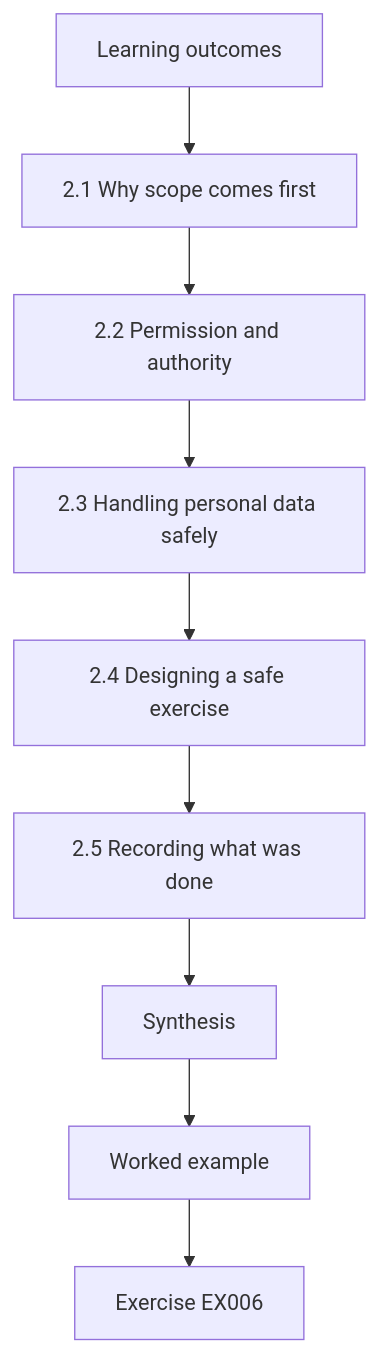
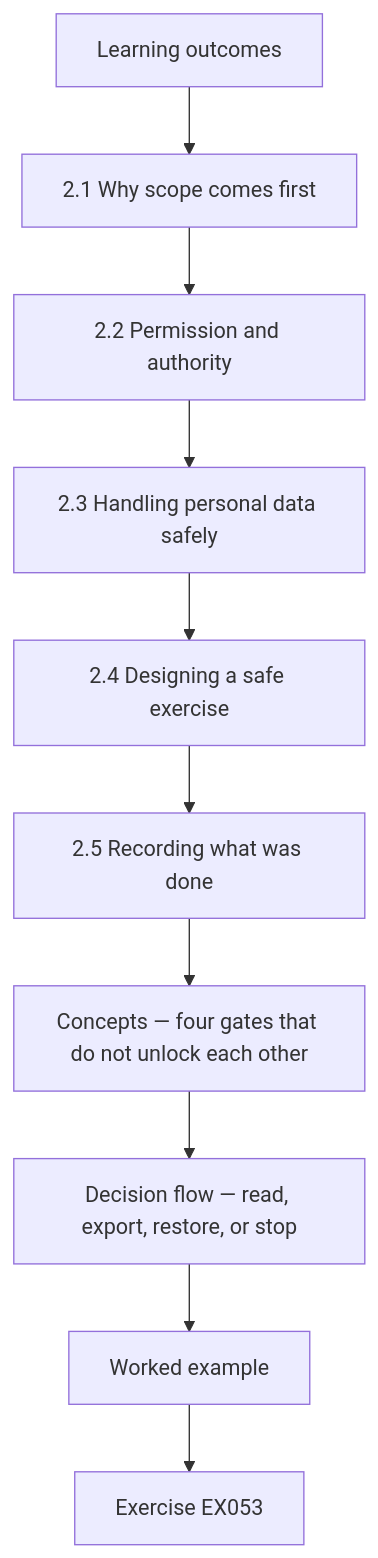
Before and after one commit to hiagokinlevi/CyKin: the fourth of 12 diagrams in levels/rapid-1-month/security-governance-risk-compliance/en/book/MANUSCRIPT.md, drawn with Mermaid. The commit also changed other lines of this file and 1 other file, not shown here.

````diff
--- a/levels/rapid-1-month/security-governance-risk-compliance/en/book/MANUSCRIPT.md
+++ b/levels/rapid-1-month/security-governance-risk-compliance/en/book/MANUSCRIPT.md
@@ -214,13 +265,14 @@
 ```mermaid
 flowchart TD
   N0["Learning outcomes"]
   N1["2.1 Why scope comes first"]
   N2["2.2 Permission and authority"]
   N3["2.3 Handling personal data safely"]
   N4["2.4 Designing a safe exercise"]
   N5["2.5 Recording what was done"]
-  N6["Synthesis"]
-  N0 --> N1 --> N2 --> N3 --> N4 --> N5 --> N6
-  N6 --> EX["Worked example"]
-  EX --> Q["Exercise EX006"]
+  N6["Concepts — four gates that do not unlock each other"]
+  N7["Decision flow — read, export, restore, or stop"]
+  N0 --> N1 --> N2 --> N3 --> N4 --> N5 --> N6 --> N7
+  N7 --> EX["Worked example"]
+  EX --> Q["Exercise EX053"]
 ```
````
